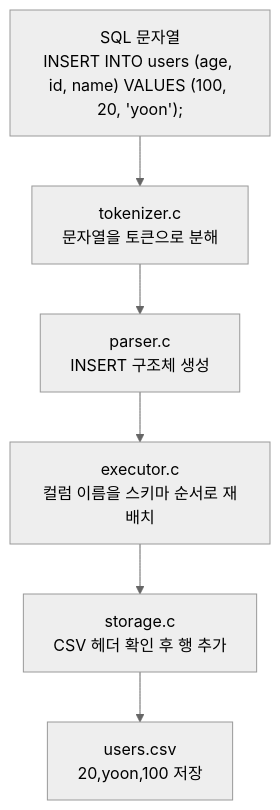
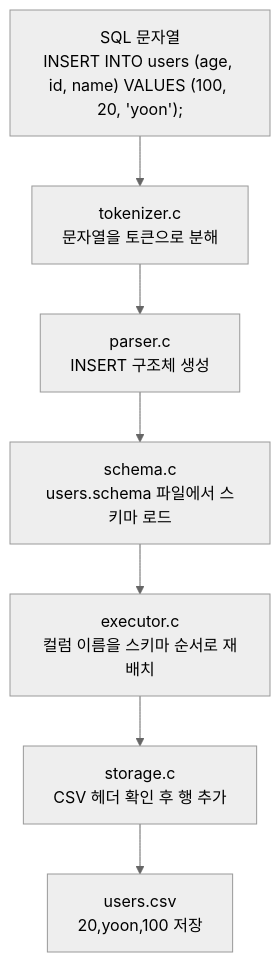
The first of 3 diagrams in docs/insert-column-order-explained.md (Jungle-12-303/week6-team5-sql), drawn with Mermaid (neutral theme) before and after one commit. The commit also changed other lines of this file and 1 other file, not shown here.

````diff
--- a/docs/insert-column-order-explained.md
+++ b/docs/insert-column-order-explained.md
@@ -30,11 +30,12 @@
 ```mermaid
 flowchart TD
     A["SQL 문자열<br/>INSERT INTO users (age, id, name) VALUES (100, 20, 'yoon');"]
     B["tokenizer.c<br/>문자열을 토큰으로 분해"]
     C["parser.c<br/>INSERT 구조체 생성"]
-    D["executor.c<br/>컬럼 이름을 스키마 순서로 재배치"]
-    E["storage.c<br/>CSV 헤더 확인 후 행 추가"]
-    F["users.csv<br/>20,yoon,100 저장"]
+    D["schema.c<br/>users.schema 파일에서 스키마 로드"]
+    E["executor.c<br/>컬럼 이름을 스키마 순서로 재배치"]
+    F["storage.c<br/>CSV 헤더 확인 후 행 추가"]
+    G["users.csv<br/>20,yoon,100 저장"]
 
-    A --> B --> C --> D --> E --> F
+    A --> B --> C --> D --> E --> F --> G
 ```
````
